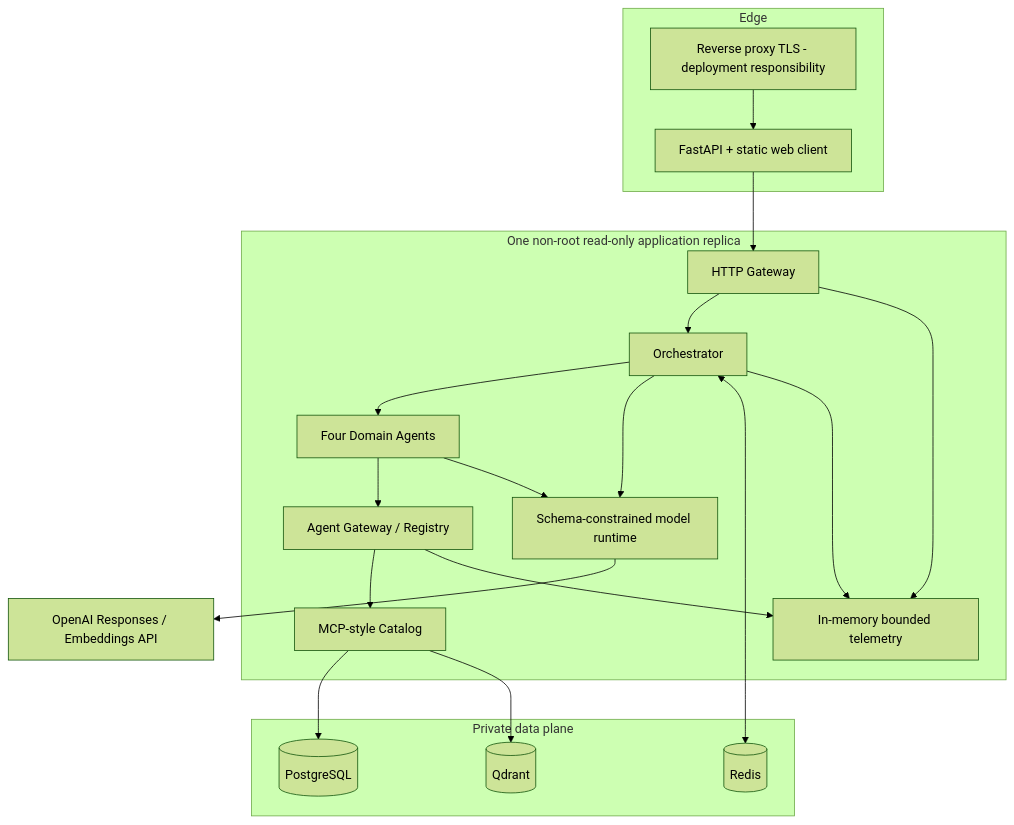
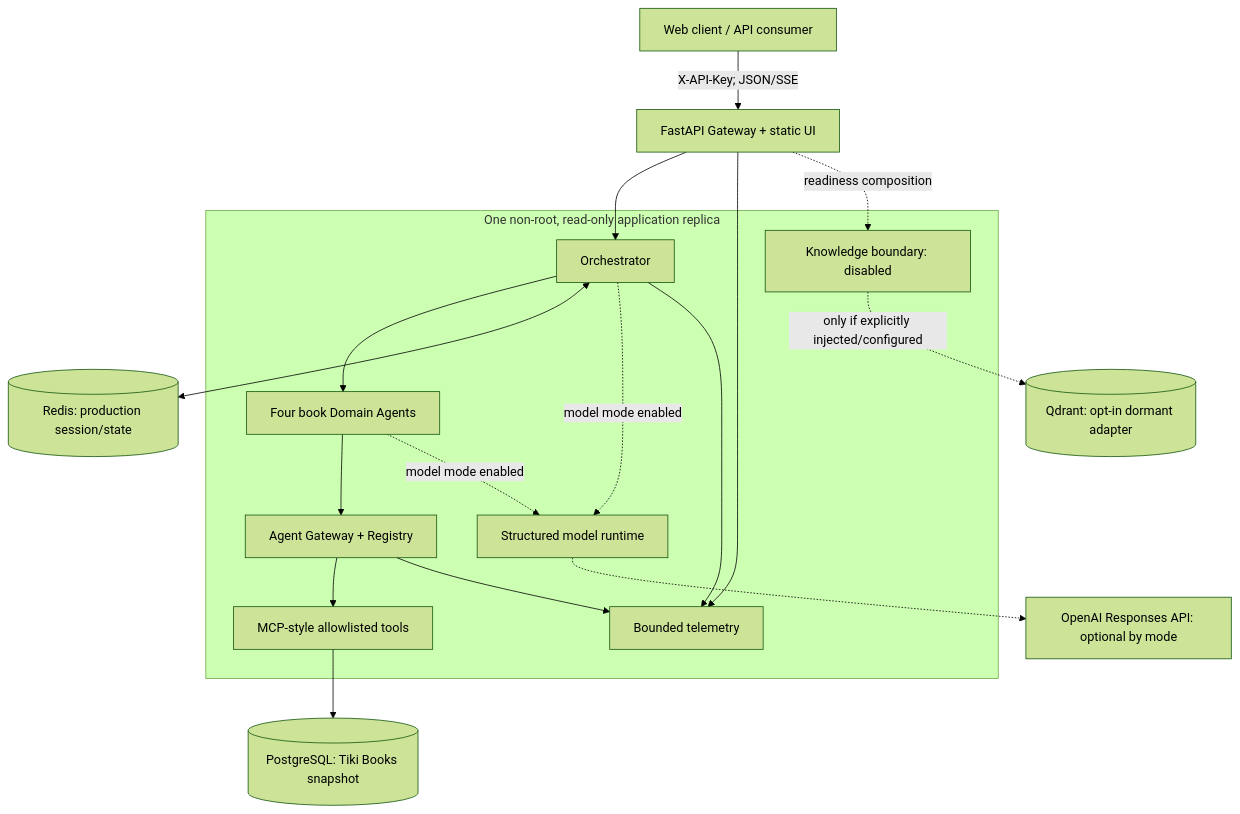
One commit to Thanh281105/multi-agent-system changed the first of 2 diagrams in docs/architecture.md. Above: the diagram before and after it, drawn with Mermaid (forest theme). The commit also changed other lines of this file and 9 other files, not shown here.

First line of the commit message:
docs: document the cleaned Tiki Books lifecycle

````diff
--- a/docs/architecture.md
+++ b/docs/architecture.md
@@ -33,32 +33,27 @@
 ```mermaid
 flowchart TB
-    subgraph Edge
-        RP[Reverse proxy TLS - deployment responsibility]
-        API[FastAPI + static web client]
+    C[Web client / API consumer]
+    G[FastAPI Gateway + static UI]
+
+    subgraph APP[One non-root, read-only application replica]
+        O[Orchestrator]
+        D[Four book Domain Agents]
+        A[Agent Gateway + Registry]
+        T[MCP-style allowlisted tools]
+        L[Structured model runtime]
+        M[Bounded telemetry]
+        K[Knowledge boundary: disabled]
     end
 
-    subgraph Application[One non-root read-only application replica]
-        GW[HTTP Gateway]
-        ORCH[Orchestrator]
-        DOM[Four Domain Agents]
-        AG[Agent Gateway / Registry]
-        CAT[MCP-style Catalog]
-        MODEL[Schema-constrained model runtime]
-        TEL[In-memory bounded telemetry]
-    end
+    PG[(PostgreSQL: Tiki Books snapshot)]
+    R[(Redis: production session/state)]
+    OA[OpenAI Responses API: optional by mode]
+    Q[(Qdrant: opt-in dormant adapter)]
 
-    subgraph Data[Private data plane]
-        PG[(PostgreSQL)]
-        REDIS[(Redis)]
-        QD[(Qdrant)]
-    end
-
-    OA[OpenAI Responses / Embeddings API]
-
-    RP --> API --> GW --> ORCH --> DOM --> AG --> CAT
-    CAT --> PG
-    CAT --> QD
-    ORCH & DOM --> MODEL --> OA
-    ORCH <--> REDIS
-    GW & ORCH & AG --> TEL
+    C -->|X-API-Key; JSON/SSE| G --> O --> D --> A --> T --> PG
+    O <--> R
+    O & D -. model mode enabled .-> L -.-> OA
+    G & O & A --> M
+    G -. readiness composition .-> K
+    K -. only if explicitly injected/configured .-> Q
 ```
````
